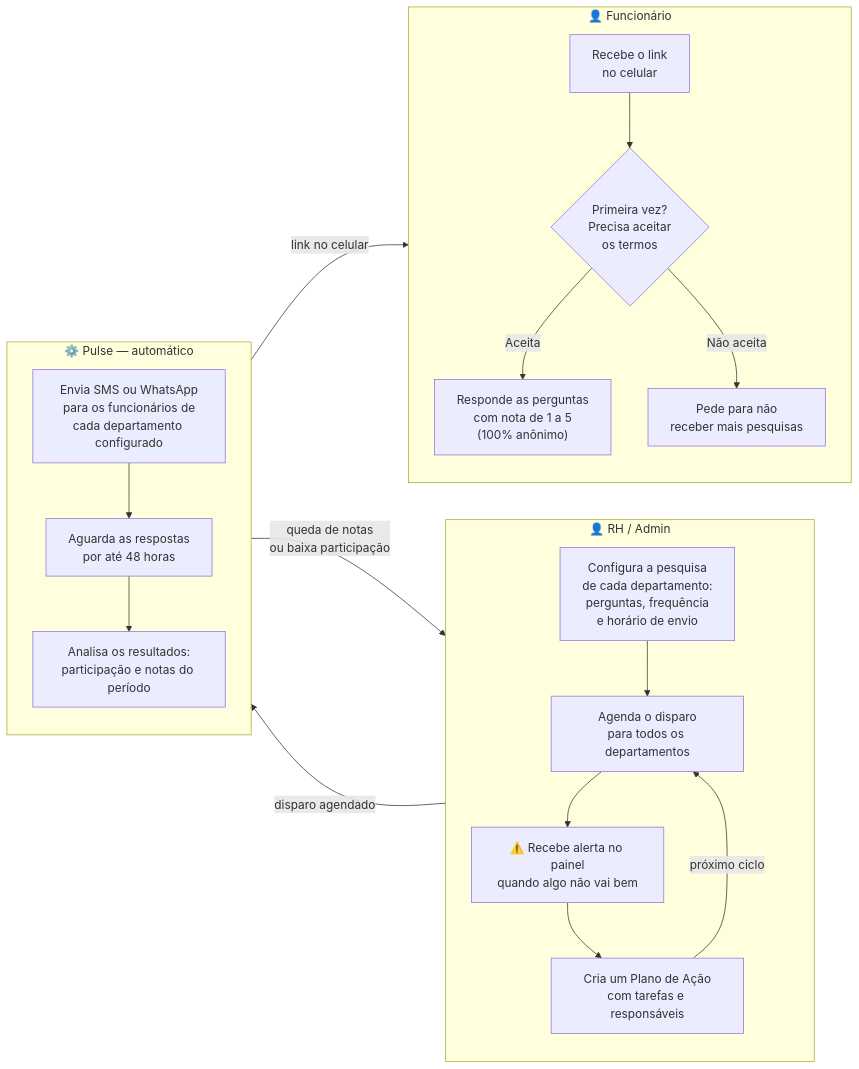
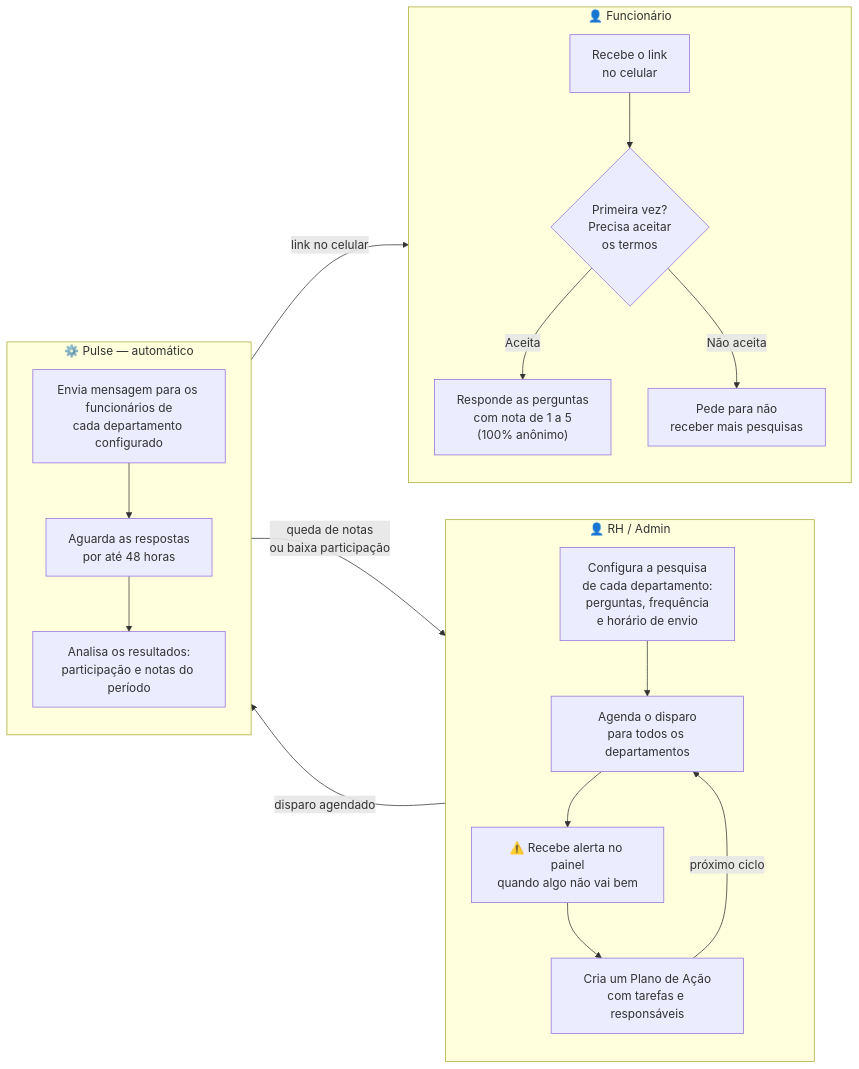
One commit to GabrielAlmeidaFlores/PULSE-IPS changed the second of 2 diagrams in README.md. Above: the diagram before and after it, drawn with Mermaid. The commit also changed other lines of this file and 6 other files, not shown here.

````diff
--- a/README.md
+++ b/README.md
@@ -1155,38 +1155,38 @@
 ```mermaid
 flowchart LR
 
 subgraph RH ["👤 RH / Admin"]
     direction TB
     SETUP["Configura a pesquisa\nde cada departamento:\nperguntas, frequência\ne horário de envio"]
     SCHEDULE["Agenda o disparo\npara todos os departamentos"]
     ALERT["⚠️ Recebe alerta no painel\nquando algo não vai bem"]
     ACTION["Cria um Plano de Ação\ncom tarefas e responsáveis"]
     SETUP --> SCHEDULE
     SCHEDULE --> ALERT
     ALERT --> ACTION
 end
 
 subgraph PULSE ["⚙️ Pulse — automático"]
     direction TB
-    SEND["Envia SMS ou WhatsApp\npara os funcionários de\ncada departamento configurado"]
+    SEND["Envia mensagem para os funcionários de\ncada departamento configurado"]
     WAIT["Aguarda as respostas\npor até 48 horas"]
     ANALYZE["Analisa os resultados:\nparticipação e notas do período"]
     SEND --> WAIT --> ANALYZE
 end
 
 subgraph FUNC ["👤 Funcionário"]
     direction TB
     RECEIVE["Recebe o link\nno celular"]
     CONSENT{"Primeira vez?\nPrecisa aceitar\nos termos"}
     FORM["Responde as perguntas\ncom nota de 1 a 5\n(100% anônimo)"]
     OPTOUT["Pede para não\nreceber mais pesquisas"]
     RECEIVE --> CONSENT
     CONSENT -->|"Aceita"| FORM
     CONSENT -->|"Não aceita"| OPTOUT
 end
 
 SCHEDULE -->|"disparo agendado"| SEND
 SEND -->|"link no celular"| RECEIVE
 ANALYZE -->|"queda de notas\nou baixa participação"| ALERT
 ACTION -->|"próximo ciclo"| SCHEDULE
 ```
````
